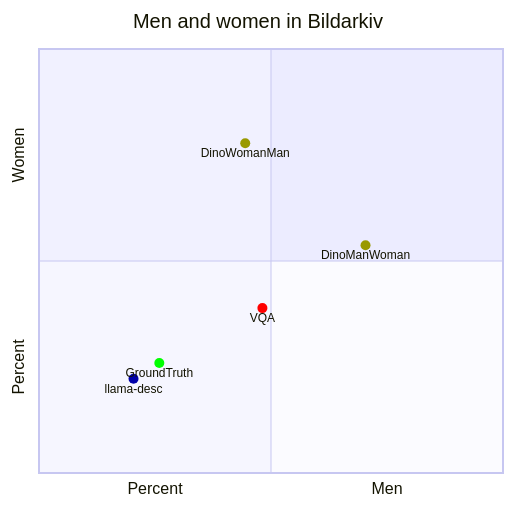
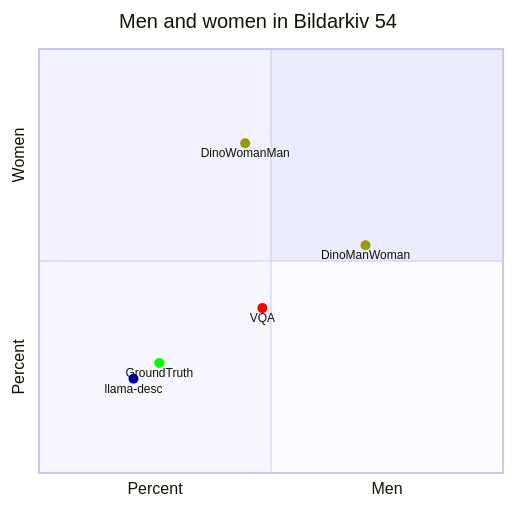
The tenth of 11 diagrams in browser/scatter.md (Modern36/tropes_1500), drawn with Mermaid before and after one commit. The commit also changed other lines of this file and 1 other file, not shown here.

````diff
--- a/browser/scatter.md
+++ b/browser/scatter.md
@@ -156,12 +156,12 @@
 ```mermaid
 quadrantChart
-    title Men and women in Bildarkiv
+    title Men and women in Bildarkiv 54
     x-axis Percent --> Men
     y-axis Percent --> Women
     DinoManWoman: [0.7037037037037037, 0.5370370370370371] color: #999900
     DinoWomanMan: [0.4444444444444444, 0.7777777777777778] color: #999900
     GroundTruth: [0.25925925925925924, 0.25925925925925924] color: #00FF00
     VQA: [0.48148148148148145, 0.3888888888888889] color: #FF0000
     llama-desc: [0.2037037037037037, 0.2222222222222222] color: #0000AA
 
 ```
````
